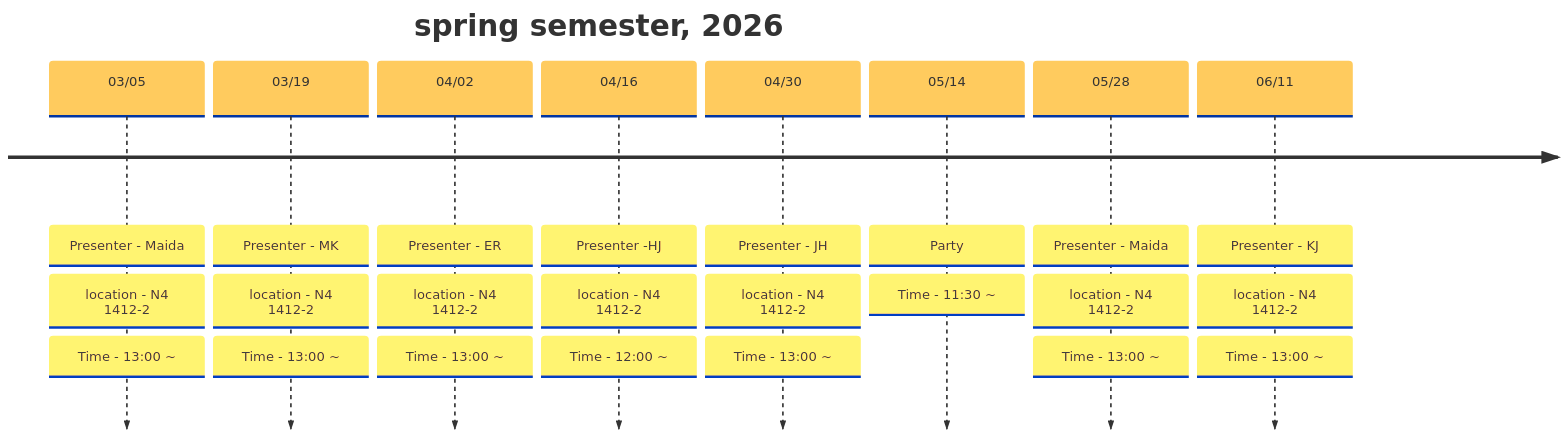
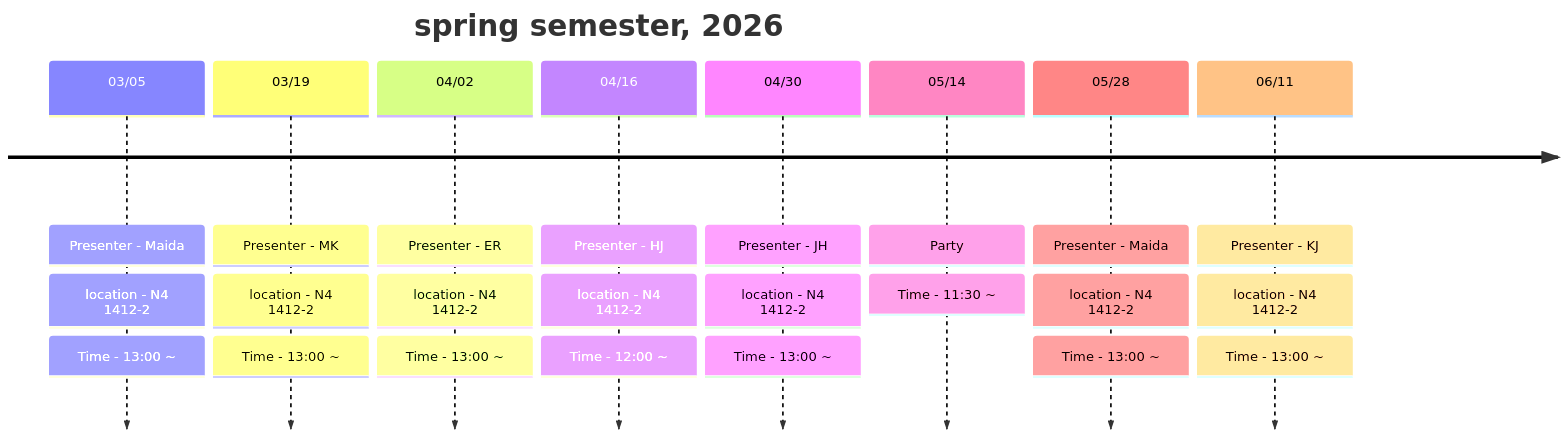
Before and after one commit to ComputationalSociologyLab/ComputationalSociologyLab.github.io: the diagram in presentation.md, drawn with Mermaid. The commit also changed other lines of this file, not shown here.

Commit message:
Fix presenter name formatting in schedule

````diff
--- a/presentation.md
+++ b/presentation.md
@@ -14,19 +24,12 @@
-```mermaid
----
-config:
-  logLevel: 'debug'
-  theme: 'base'
-  timeline:
-    disableMulticolor: true
----
+<div class="mermaid">
 timeline
     title spring semester, 2026
         03/05 : Presenter - Maida : location - N4 1412-2 : Time - 13:00 ~
         03/19 : Presenter - MK : location - N4 1412-2 : Time - 13:00 ~
         04/02 : Presenter - ER : location - N4 1412-2 : Time - 13:00 ~
-        04/16 : Presenter -HJ : location - N4 1412-2 : Time - 12:00 ~
+        04/16 : Presenter - HJ : location - N4 1412-2 : Time - 12:00 ~
         04/30 : Presenter - JH : location - N4 1412-2 : Time - 13:00 ~
         05/14 : Party : Time - 11:30 ~
         05/28 : Presenter - Maida : location - N4 1412-2 : Time - 13:00 ~
-        06/11 : Presenter - KJ : location - N4 1412-2 : Time - 13:00 ~ 
-```
+        06/11 : Presenter - KJ : location - N4 1412-2 : Time - 13:00 ~
+</div>
````
